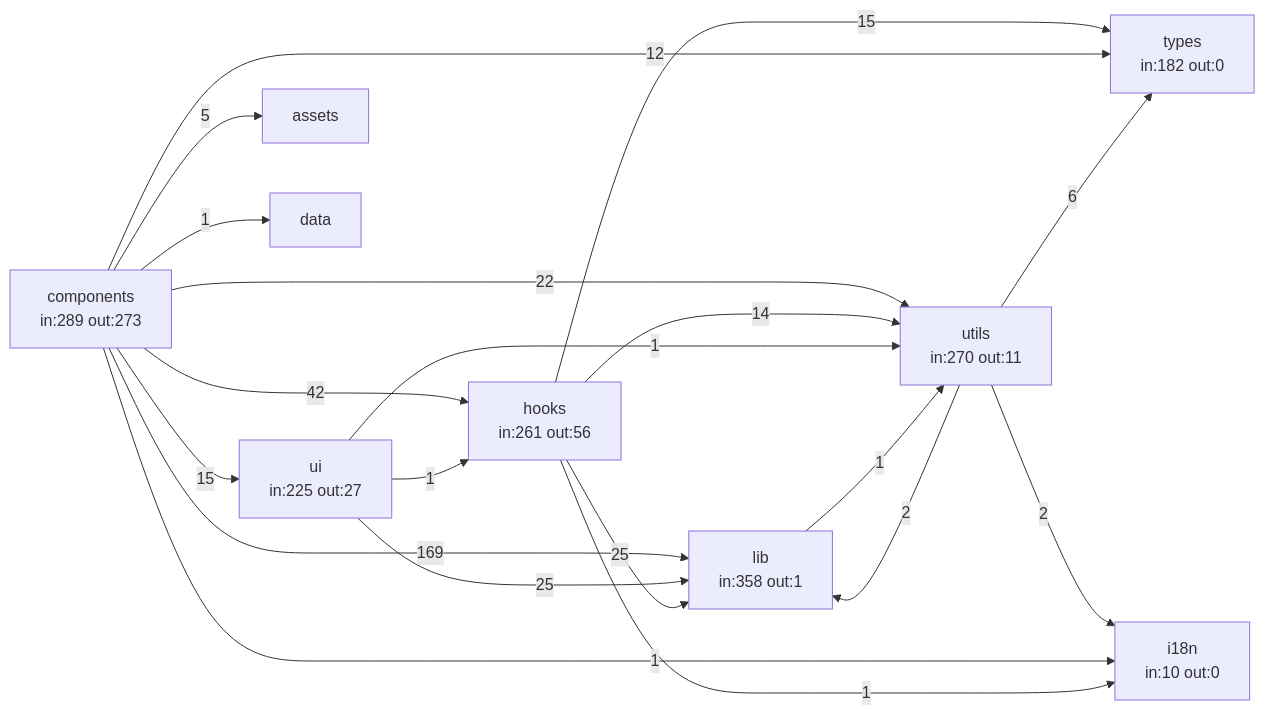
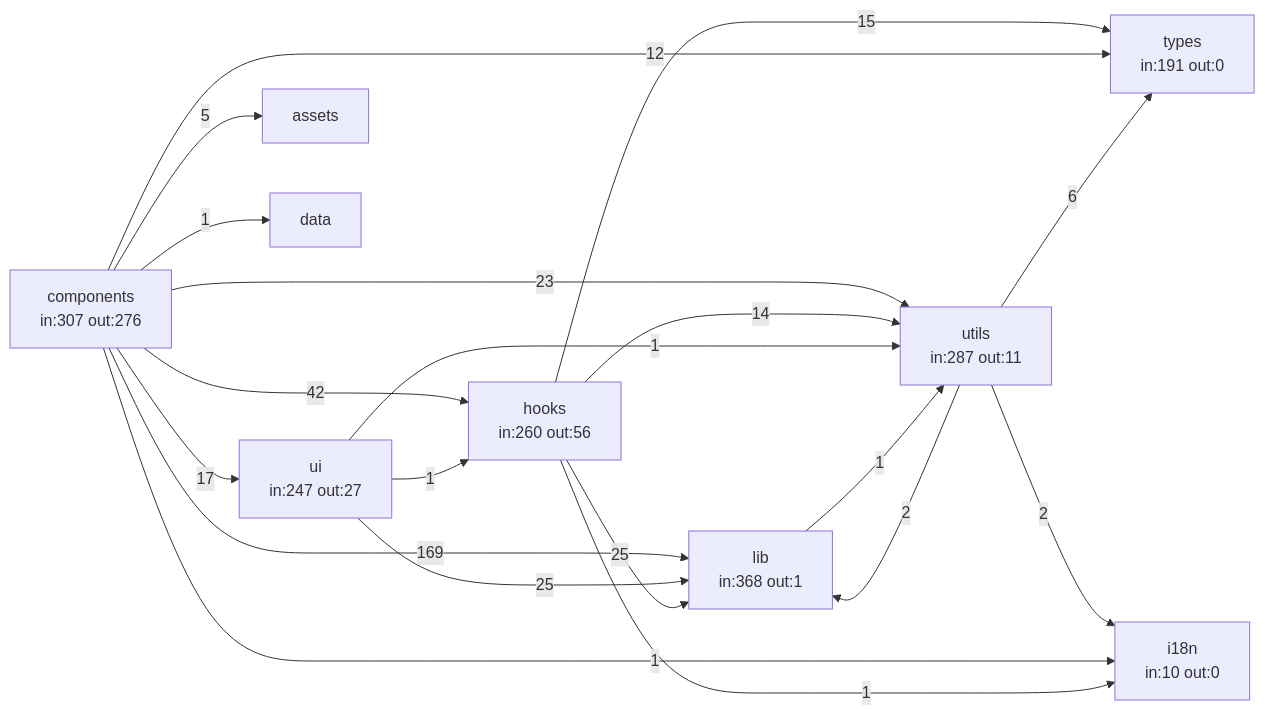
Before and after one commit to KSC-Wiedikon/wiedisync: the first of 2 diagrams in docs/code-graph/layer1-imports.md, drawn with Mermaid. The commit also changed other lines of this file and 15 other files, not shown here.

````diff
--- a/docs/code-graph/layer1-imports.md
+++ b/docs/code-graph/layer1-imports.md
@@ -49,29 +49,29 @@
 ```mermaid
 graph LR
-  lib["lib<br/>in:358 out:1"]
-  utils["utils<br/>in:270 out:11"]
-  hooks["hooks<br/>in:261 out:56"]
-  components["components<br/>in:289 out:273"]
-  ui["ui<br/>in:225 out:27"]
-  types["types<br/>in:182 out:0"]
+  lib["lib<br/>in:368 out:1"]
+  utils["utils<br/>in:287 out:11"]
+  hooks["hooks<br/>in:260 out:56"]
+  components["components<br/>in:307 out:276"]
+  ui["ui<br/>in:247 out:27"]
+  types["types<br/>in:191 out:0"]
   i18n["i18n<br/>in:10 out:0"]
   components -->|169| lib
   components -->|42| hooks
   ui -->|25| lib
   hooks -->|25| lib
-  components -->|22| utils
-  components -->|15| ui
+  components -->|23| utils
+  components -->|17| ui
   hooks -->|15| types
   hooks -->|14| utils
   components -->|12| types
   utils -->|6| types
   components -->|5| assets
   utils -->|2| i18n
   utils -->|2| lib
   components -->|1| i18n
   components -->|1| data
   ui -->|1| utils
   ui -->|1| hooks
   hooks -->|1| i18n
   lib -->|1| utils
 ```
````
